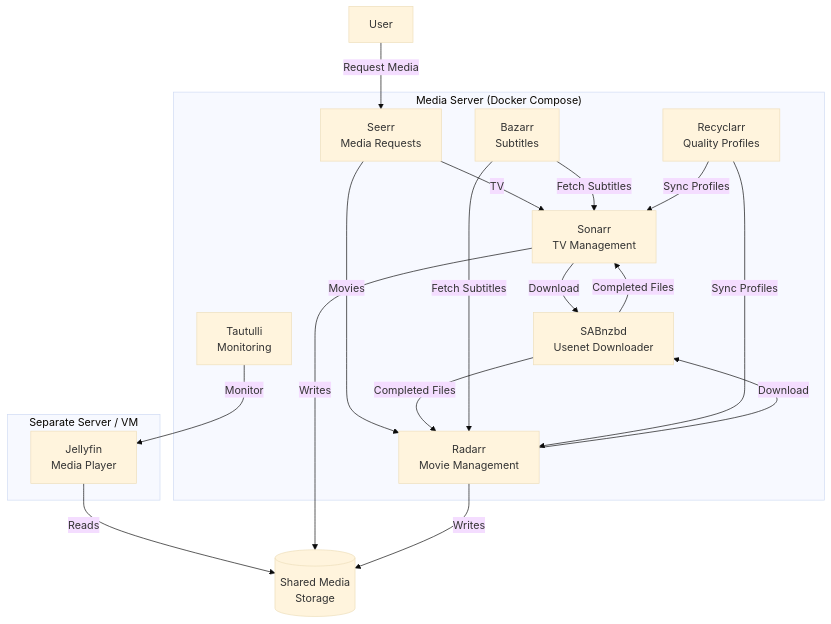
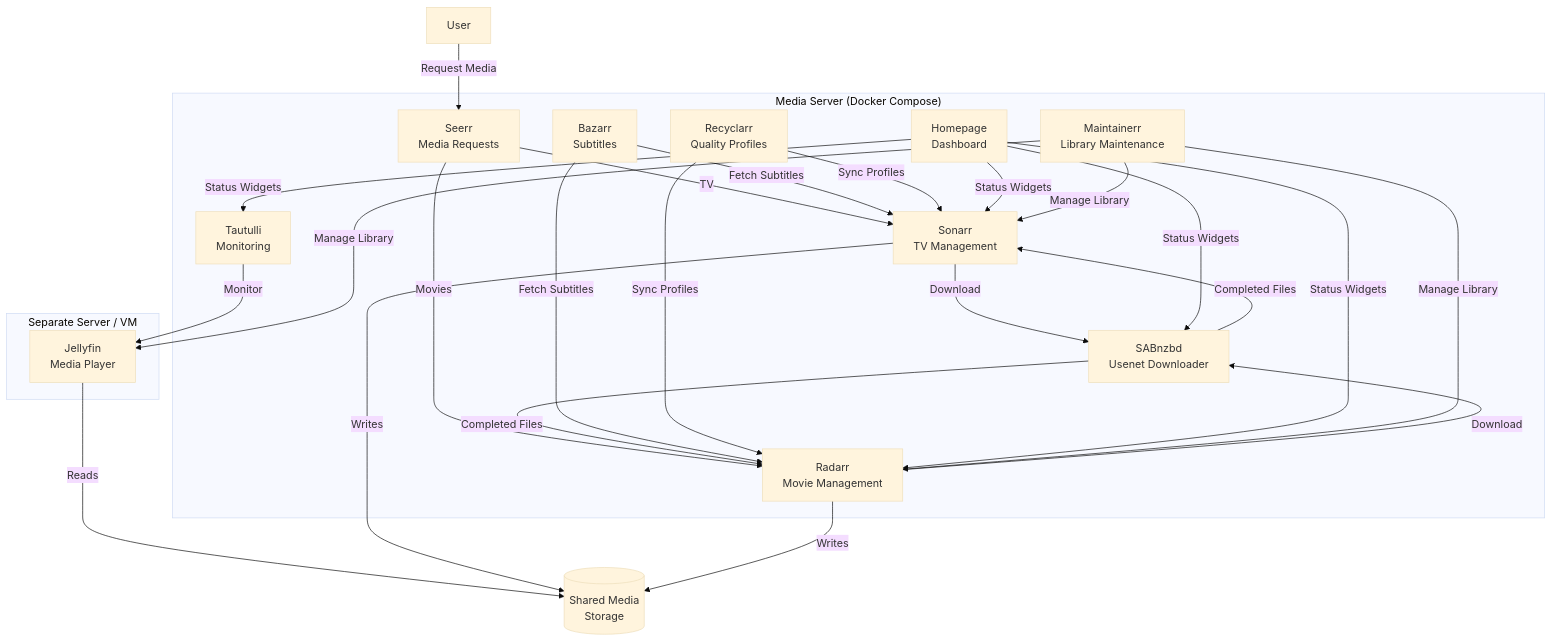
Before and after one commit to bcanfield/docker-media-server: the diagram in README.md, drawn with Mermaid (base theme). The commit also changed other lines of this file and 7 other files, not shown here.

````diff
--- a/README.md
+++ b/README.md
@@ -12,32 +12,41 @@
 ```mermaid
 graph TD
     subgraph Media Server ["Media Server (Docker Compose)"]
         Seerr["Seerr<br>Media Requests"]
         Sonarr["Sonarr<br>TV Management"]
         Radarr["Radarr<br>Movie Management"]
         SABnzbd["SABnzbd<br>Usenet Downloader"]
         Bazarr["Bazarr<br>Subtitles"]
         Recyclarr["Recyclarr<br>Quality Profiles"]
         Tautulli["Tautulli<br>Monitoring"]
+        Homepage["Homepage<br>Dashboard"]
+        Maintainerr["Maintainerr<br>Library Maintenance"]
     end
 
     subgraph Playback ["Separate Server / VM"]
         Jellyfin["Jellyfin<br>Media Player"]
     end
 
     User -->|Request Media| Seerr
     Seerr -->|TV| Sonarr
     Seerr -->|Movies| Radarr
     Sonarr -->|Download| SABnzbd
     Radarr -->|Download| SABnzbd
     SABnzbd -->|Completed Files| Sonarr
     SABnzbd -->|Completed Files| Radarr
     Bazarr -->|Fetch Subtitles| Sonarr
     Bazarr -->|Fetch Subtitles| Radarr
     Recyclarr -->|Sync Profiles| Sonarr
     Recyclarr -->|Sync Profiles| Radarr
     Tautulli -->|Monitor| Jellyfin
+    Homepage -->|Status Widgets| Sonarr
+    Homepage -->|Status Widgets| Radarr
+    Homepage -->|Status Widgets| SABnzbd
+    Homepage -->|Status Widgets| Tautulli
+    Maintainerr -->|Manage Library| Jellyfin
+    Maintainerr -->|Manage Library| Sonarr
+    Maintainerr -->|Manage Library| Radarr
     Jellyfin -->|Reads| MediaStorage[("Shared Media<br>Storage")]
     Sonarr -->|Writes| MediaStorage
     Radarr -->|Writes| MediaStorage
 ```
````
